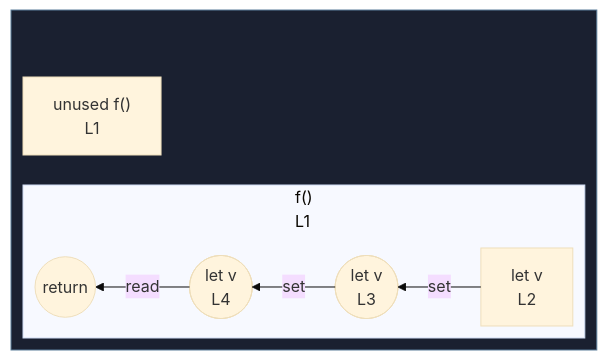
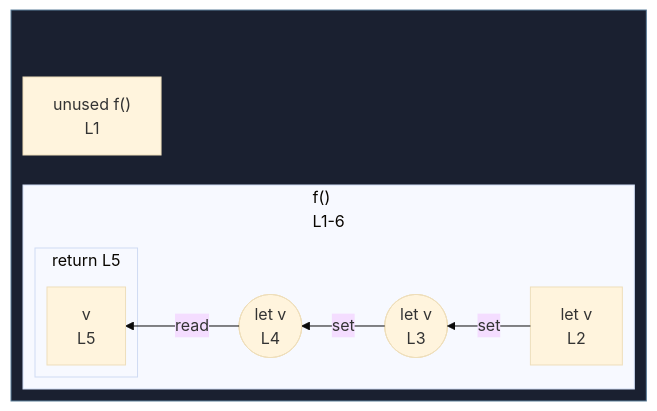
One commit to crescware/unsnarl changed the diagram in integration/fixtures/function-let/preview.md. Above: the diagram before and after it, drawn with Mermaid (base theme). The commit also changed 125 other files, not shown here.

````diff
--- a/integration/fixtures/function-let/preview.md
+++ b/integration/fixtures/function-let/preview.md
@@ -16,20 +16,23 @@
 ```mermaid
 %%{init: {"flowchart": {"defaultRenderer": "elk"}}}%%
 flowchart RL
   subgraph wrap_s_scope_1[" "]
     direction TB
     n_scope_0_f_9["unused f()<br/>L1"]
-    subgraph s_scope_1["f()<br/>L1"]
+    subgraph s_scope_1["f()<br/>L1-6"]
       direction RL
-      return_scope_0_f_9((return))
       n_scope_1_v_21["let v<br/>L2"]
       wr_ref_0(["let v<br/>L3"])
       wr_ref_1(["let v<br/>L4"])
+      subgraph s_return_scope_0_f_9["return L5"]
+        direction RL
+        ret_use_ref_2["v<br/>L5"]
+      end
     end
   end
   n_scope_1_v_21 -->|set| wr_ref_0
   wr_ref_0 -->|set| wr_ref_1
-  wr_ref_1 -->|read| return_scope_0_f_9
+  wr_ref_1 -->|read| ret_use_ref_2
   classDef fnWrap fill:#1a2030,stroke:#5a7d99;
   class wrap_s_scope_1 fnWrap;
 ```
````
